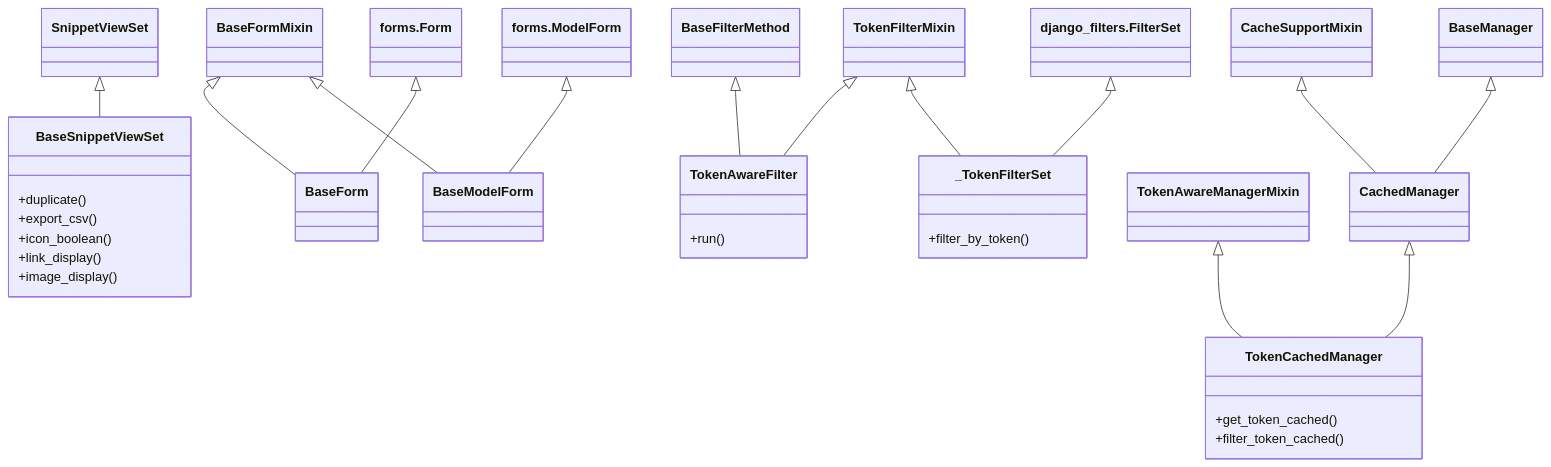
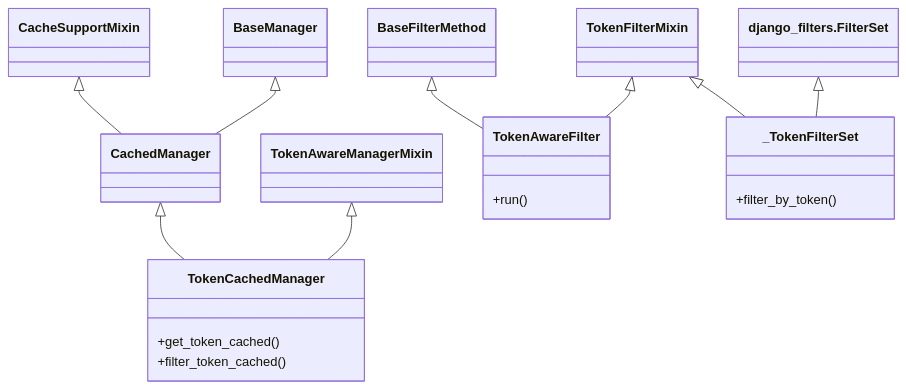
The diagram in src/django_fusion/management/design.md (mammhoud/django-fusion), drawn with Mermaid before and after one commit. The commit also changed other lines of this file and 141 other files, not shown here.

````diff
--- a/src/django_fusion/management/design.md
+++ b/src/django_fusion/management/design.md
@@ -14,39 +14,23 @@
 ```mermaid
 classDiagram
-    class BaseSnippetViewSet {
-      +duplicate()
-      +export_csv()
-      +icon_boolean()
-      +link_display()
-      +image_display()
+    class CachedManager {
     }
-    SnippetViewSet <|-- BaseSnippetViewSet
-    class BaseForm {
+    CacheSupportMixin <|-- CachedManager
+    BaseManager <|-- CachedManager
+    class TokenCachedManager {
+      +get_token_cached()
+      +filter_token_cached()
     }
-    BaseFormMixin <|-- BaseForm
-    forms.Form <|-- BaseForm
-    class BaseModelForm {
-    }
-    BaseFormMixin <|-- BaseModelForm
-    forms.ModelForm <|-- BaseModelForm
+    TokenAwareManagerMixin <|-- TokenCachedManager
+    CachedManager <|-- TokenCachedManager
     class TokenAwareFilter {
       +run()
     }
     BaseFilterMethod <|-- TokenAwareFilter
     TokenFilterMixin <|-- TokenAwareFilter
     class _TokenFilterSet {
       +filter_by_token()
     }
     django_filters.FilterSet <|-- _TokenFilterSet
     TokenFilterMixin <|-- _TokenFilterSet
-    class TokenCachedManager {
-      +get_token_cached()
-      +filter_token_cached()
-    }
-    TokenAwareManagerMixin <|-- TokenCachedManager
-    CachedManager <|-- TokenCachedManager
-    class CachedManager {
-    }
-    CacheSupportMixin <|-- CachedManager
-    BaseManager <|-- CachedManager
 ```
````
